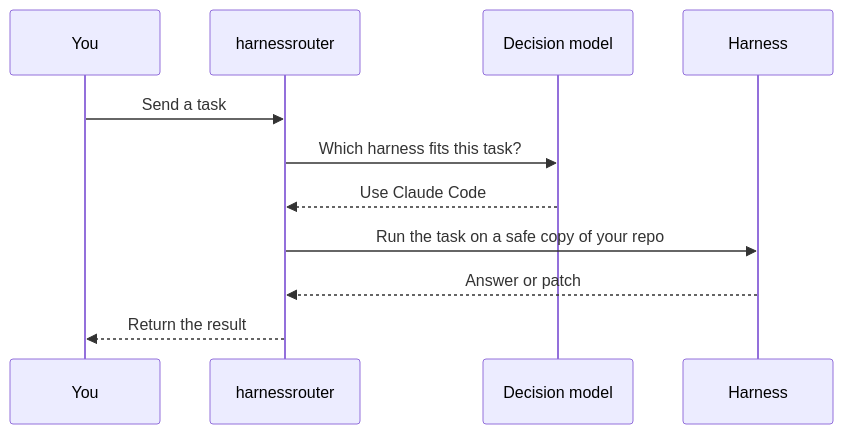
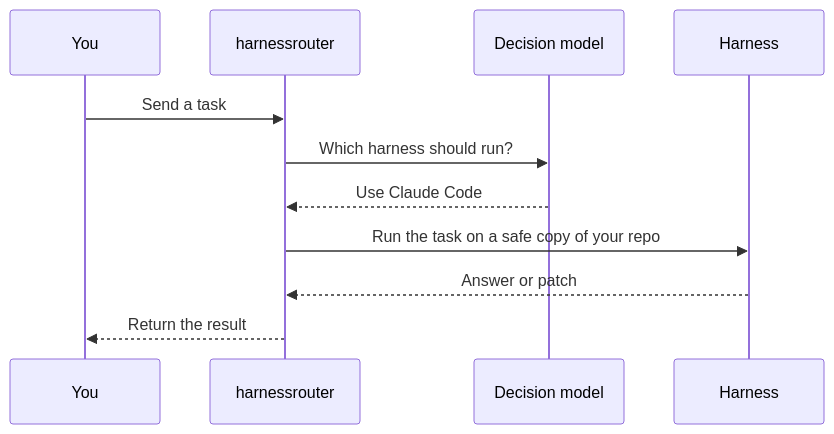
The second of 2 diagrams in README.md (ozgureyilmaz/harnessrouter), drawn with Mermaid before and after one commit. The commit also changed other lines of this file and 1 other file, not shown here.

````diff
--- a/README.md
+++ b/README.md
@@ -44,13 +52,13 @@
 ```mermaid
 sequenceDiagram
     participant U as You
     participant R as harnessrouter
     participant D as Decision model
     participant H as Harness
     U->>R: Send a task
-    R->>D: Which harness fits this task?
+    R->>D: Which harness should run?
     D-->>R: Use Claude Code
     R->>H: Run the task on a safe copy of your repo
     H-->>R: Answer or patch
     R-->>U: Return the result
 ```
````
